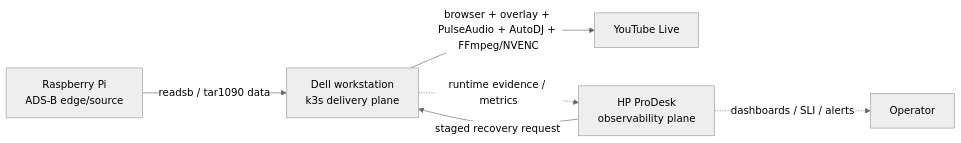
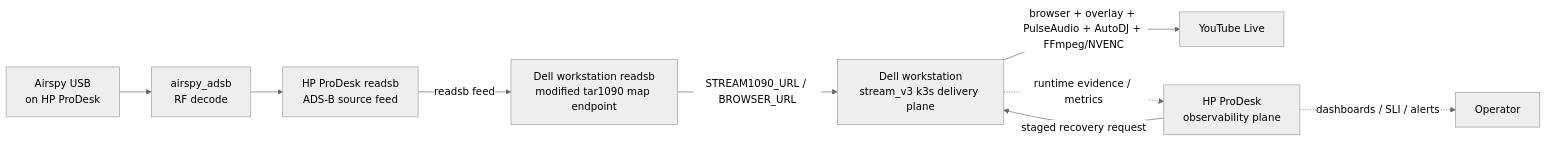
One commit to yukimurata0421/live-stream-systems-case-study changed the diagram in README.md. Above: the diagram before and after it, drawn with Mermaid (neutral theme). The commit also changed other lines of this file and 10 other files, not shown here.

Commit message:
docs: correct stream_v3 production data flow

````diff
--- a/README.md
+++ b/README.md
@@ -34,8 +37,11 @@
 ```mermaid
 flowchart LR
-    PI["Raspberry Pi<br/>ADS-B edge/source"] -->|readsb / tar1090 data| DELL["Dell workstation<br/>k3s delivery plane"]
-    DELL -->|browser + overlay + PulseAudio + AutoDJ + FFmpeg/NVENC| YT["YouTube Live"]
-    DELL -. runtime evidence / metrics .-> PRODESK["HP ProDesk<br/>observability plane"]
-    PRODESK -->|staged recovery request| DELL
-    PRODESK -. dashboards / SLI / alerts .-> OP["Operator"]
+    AIRSPY["Airspy USB<br/>on HP ProDesk"] --> AIRSPY_ADSB["airspy_adsb<br/>RF decode"]
+    AIRSPY_ADSB --> PRODESK_READSB["HP ProDesk readsb<br/>ADS-B source feed"]
+    PRODESK_READSB -->|readsb feed| DELL_READSB["Dell workstation readsb<br/>modified tar1090 map endpoint"]
+    DELL_READSB -->|STREAM1090_URL / BROWSER_URL| DELL_K3S["Dell workstation<br/>stream_v3 k3s delivery plane"]
+    DELL_K3S -->|browser + overlay + PulseAudio + AutoDJ + FFmpeg/NVENC| YT["YouTube Live"]
+    DELL_K3S -. runtime evidence / metrics .-> PRODESK_OBS["HP ProDesk<br/>observability plane"]
+    PRODESK_OBS -->|staged recovery request| DELL_K3S
+    PRODESK_OBS -. dashboards / SLI / alerts .-> OP["Operator"]
 ```
````
